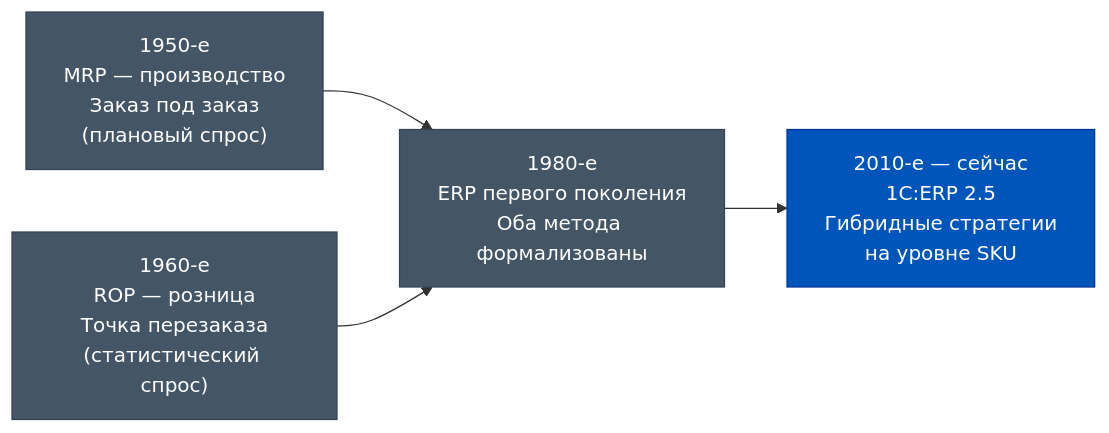
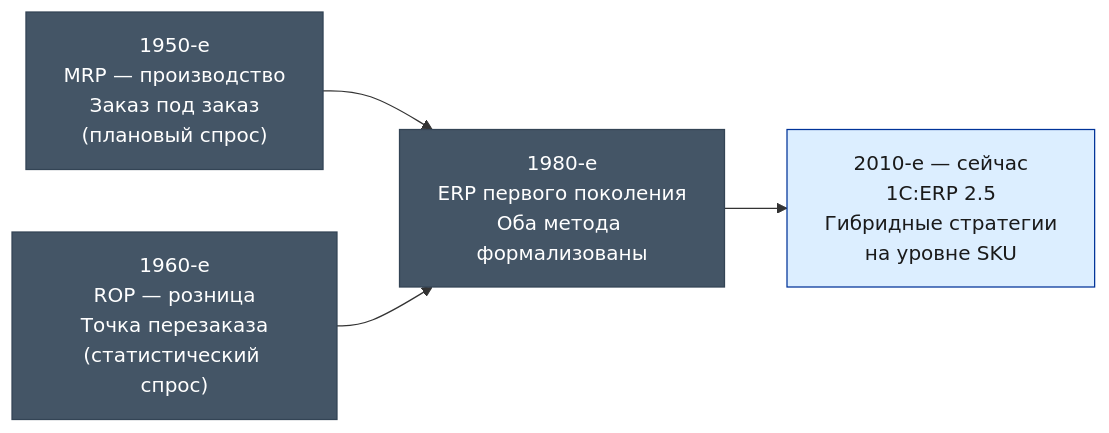
The first of 6 diagrams in content/1c-erp/week_3/Неделя 3 - День 3 - Логика обеспечения.md (murad1986/1c-erp-quartz), drawn with Mermaid before and after one commit. The commit also changed other lines of this file and 57 other files, not shown here.

First line of the commit message:
fix: Mermaid — пастельные цвета в источниках диаграмм (56 файлов)

````diff
--- a/content/1c-erp/week_3/Неделя 3 - День 3 - Логика обеспечения.md
+++ b/content/1c-erp/week_3/Неделя 3 - День 3 - Логика обеспечения.md
@@ -51,14 +51,14 @@
 ```mermaid
 flowchart LR
     H1["1950-е<br/>MRP — производство<br/>Заказ под заказ<br/>(плановый спрос)"]:::hist
     H2["1960-е<br/>ROP — розница<br/>Точка перезаказа<br/>(статистический спрос)"]:::hist
     H3["1980-е<br/>ERP первого поколения<br/>Оба метода формализованы"]:::hist
     H4["2010-е — сейчас<br/>1С:ERP 2.5<br/>Гибридные стратегии<br/>на уровне SKU"]:::blue
 
     H1 --> H3
     H2 --> H3
     H3 --> H4
 
     classDef hist fill:#445566,color:#fff,stroke:#334455
-    classDef blue fill:#0055BB,color:#fff,stroke:#003399
+    classDef blue fill:#dceeff,color:#1a1a1a,stroke:#003399
 ```
````
